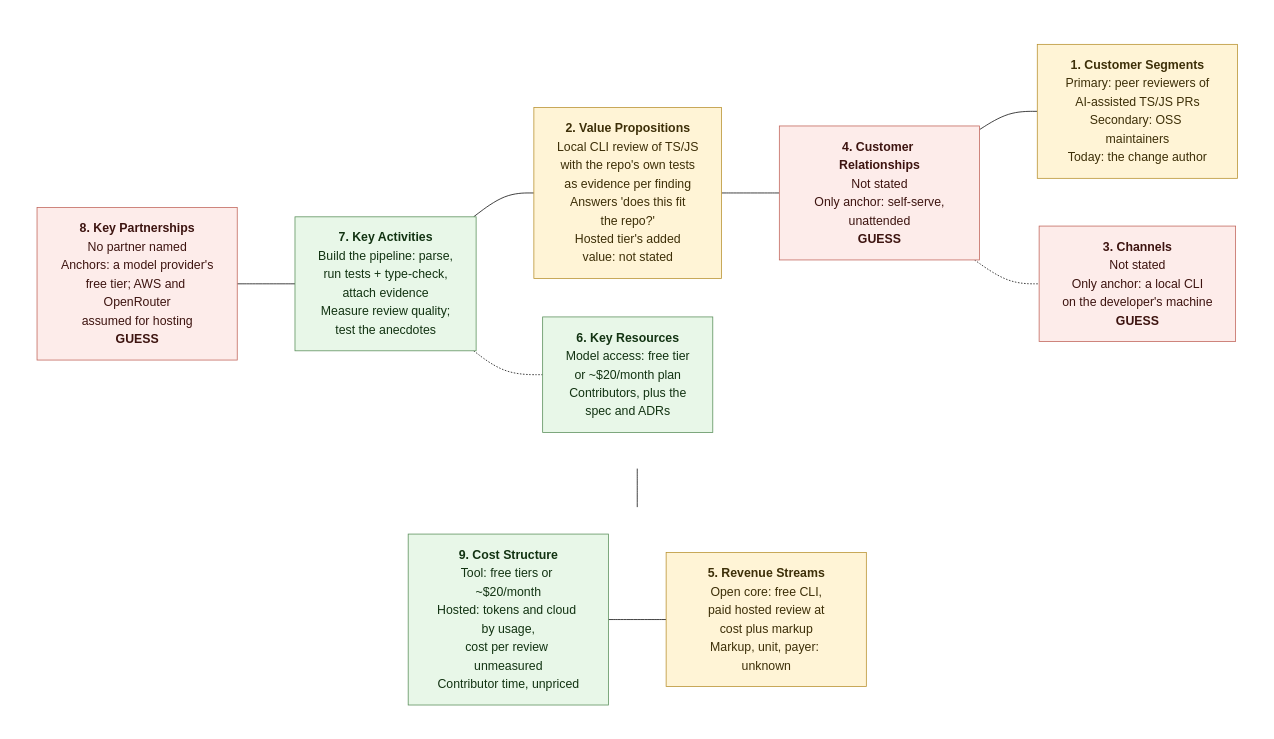
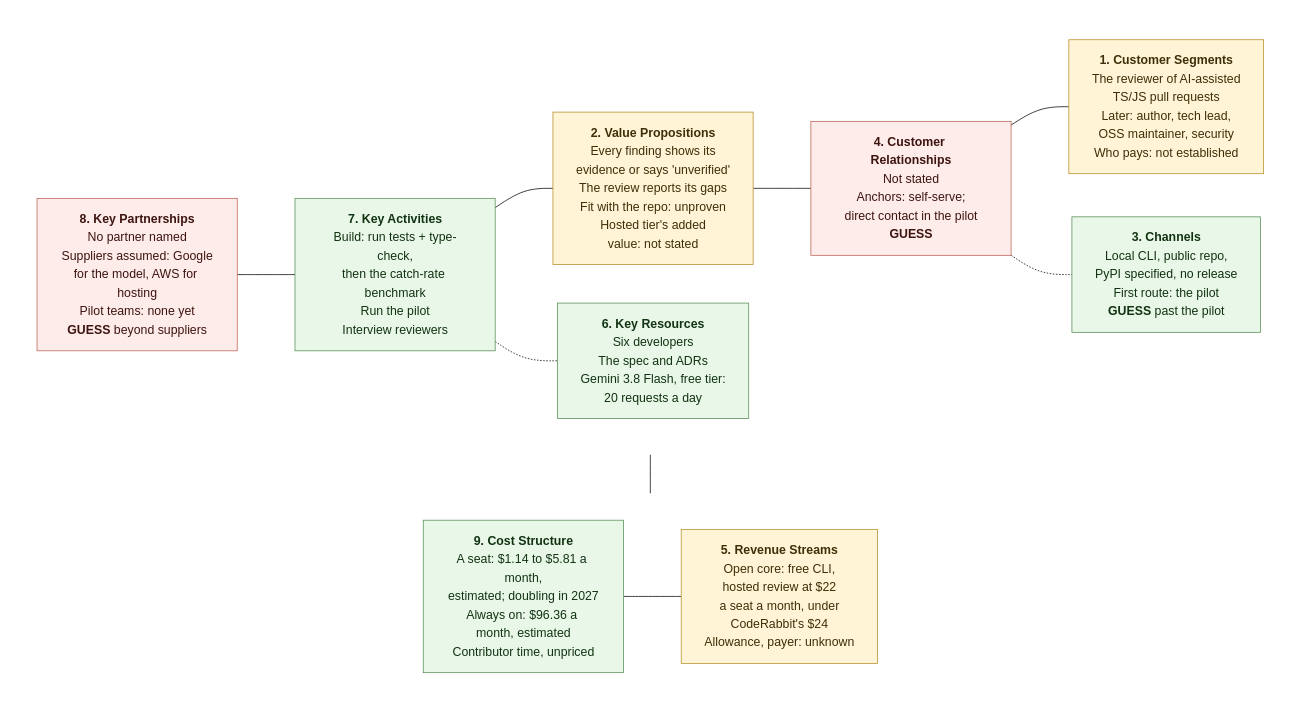
The diagram in Docs/Draft/enterpenuership/003-business-model-canvas.md (nhahub/NHA-5-285), drawn with Mermaid (base theme) before and after one commit. The commit also changed other lines of this file, not shown here.

First line of the commit message:
docs(draft): refresh the business model canvas

````diff
--- a/Docs/Draft/enterpenuership/003-business-model-canvas.md
+++ b/Docs/Draft/enterpenuership/003-business-model-canvas.md
@@ -72,39 +107,39 @@
 ```mermaid
 flowchart TB
     subgraph TOP[" "]
         direction LR
-        KP["<b>8. Key Partnerships</b><br/>No partner named<br/>Anchors: a model provider's<br/>free tier; AWS and OpenRouter<br/>assumed for hosting<br/><b>GUESS</b>"]
-        KA["<b>7. Key Activities</b><br/>Build the pipeline: parse,<br/>run tests + type-check,<br/>attach evidence<br/>Measure review quality;<br/>test the anecdotes"]
-        VP["<b>2. Value Propositions</b><br/>Local CLI review of TS/JS<br/>with the repo's own tests<br/>as evidence per finding<br/>Answers 'does this fit<br/>the repo?'<br/>Hosted tier's added<br/>value: not stated"]
-        CR["<b>4. Customer Relationships</b><br/>Not stated<br/>Only anchor: self-serve,<br/>unattended<br/><b>GUESS</b>"]
-        CS["<b>1. Customer Segments</b><br/>Primary: peer reviewers of<br/>AI-assisted TS/JS PRs<br/>Secondary: OSS maintainers<br/>Today: the change author"]
-        KR["<b>6. Key Resources</b><br/>Model access: free tier<br/>or ~$20/month plan<br/>Contributors, plus the<br/>spec and ADRs"]
-        CH["<b>3. Channels</b><br/>Not stated<br/>Only anchor: a local CLI<br/>on the developer's machine<br/><b>GUESS</b>"]
+        KP["<b>8. Key Partnerships</b><br/>No partner named<br/>Suppliers assumed: Google<br/>for the model, AWS for hosting<br/>Pilot teams: none yet<br/><b>GUESS</b> beyond suppliers"]
+        KA["<b>7. Key Activities</b><br/>Build: run tests + type-check,<br/>then the catch-rate benchmark<br/>Run the pilot<br/>Interview reviewers"]
+        VP["<b>2. Value Propositions</b><br/>Every finding shows its<br/>evidence or says 'unverified'<br/>The review reports its gaps<br/>Fit with the repo: unproven<br/>Hosted tier's added<br/>value: not stated"]
+        CR["<b>4. Customer Relationships</b><br/>Not stated<br/>Anchors: self-serve;<br/>direct contact in the pilot<br/><b>GUESS</b>"]
+        CS["<b>1. Customer Segments</b><br/>The reviewer of AI-assisted<br/>TS/JS pull requests<br/>Later: author, tech lead,<br/>OSS maintainer, security<br/>Who pays: not established"]
+        KR["<b>6. Key Resources</b><br/>Six developers<br/>The spec and ADRs<br/>Gemini 3.8 Flash, free tier:<br/>20 requests a day"]
+        CH["<b>3. Channels</b><br/>Local CLI, public repo,<br/>PyPI specified, no release<br/>First route: the pilot<br/><b>GUESS</b> past the pilot"]
 
         KP --- KA
         KA --- VP
         VP --- CR
         CR --- CS
         KA -.- KR
         CR -.- CH
     end
 
     subgraph BOTTOM[" "]
         direction LR
-        C["<b>9. Cost Structure</b><br/>Tool: free tiers or ~$20/month<br/>Hosted: tokens and cloud by usage,<br/>cost per review unmeasured<br/>Contributor time, unpriced"]
-        R["<b>5. Revenue Streams</b><br/>Open core: free CLI,<br/>paid hosted review at<br/>cost plus markup<br/>Markup, unit, payer: unknown"]
+        C["<b>9. Cost Structure</b><br/>A seat: $1.14 to $5.81 a month,<br/>estimated; doubling in 2027<br/>Always on: $96.36 a month, estimated<br/>Contributor time, unpriced"]
+        R["<b>5. Revenue Streams</b><br/>Open core: free CLI,<br/>hosted review at $22<br/>a seat a month, under<br/>CodeRabbit's $24<br/>Allowance, payer: unknown"]
         C --- R
     end
 
     TOP --- BOTTOM
 
     classDef given fill:#e8f7e8,stroke:#5a8f5a,color:#123312
     classDef guess fill:#fdecea,stroke:#c0645a,color:#3d1410
     classDef risky fill:#fff4d6,stroke:#b8912f,color:#3d2f08
     classDef frame fill:none,stroke:none
 
-    class KA,KR,C given
-    class KP,CR,CH guess
+    class KA,KR,C,CH given
+    class KP,CR guess
     class VP,CS,R risky
     class TOP,BOTTOM frame
 ```
````
